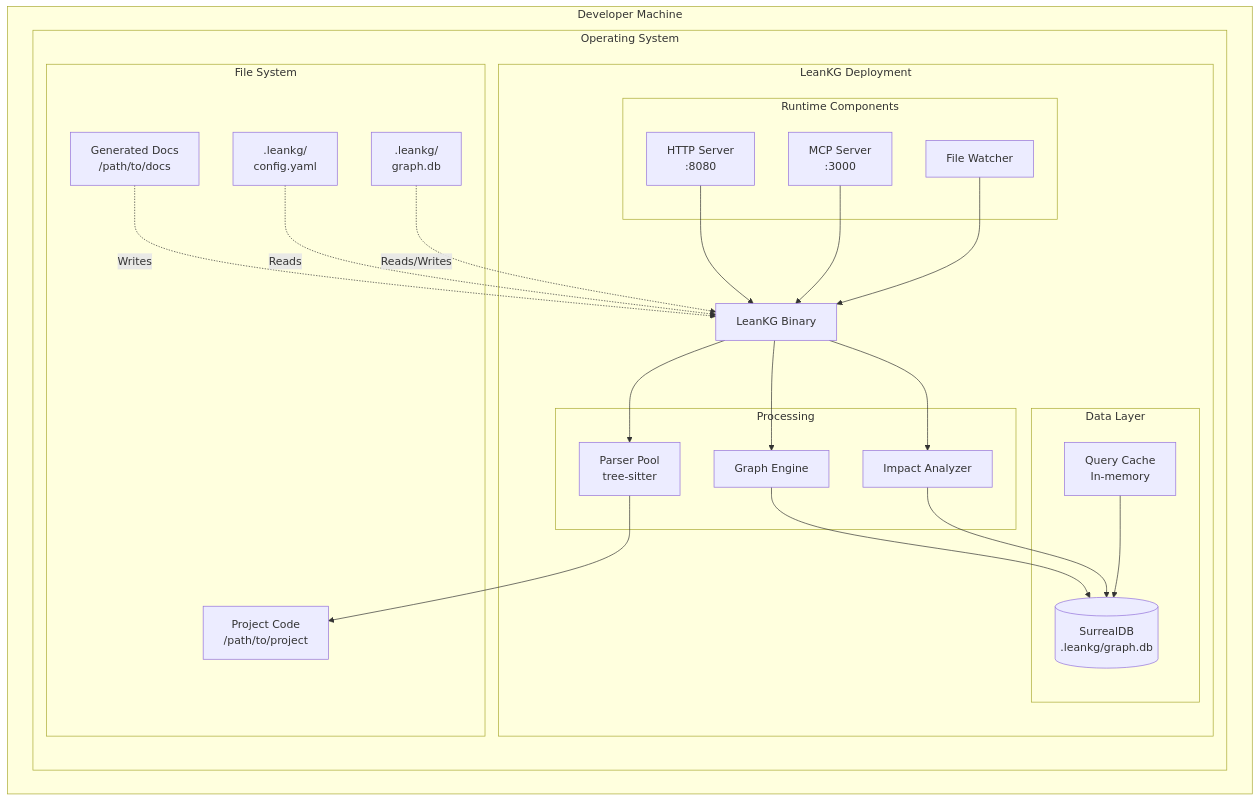
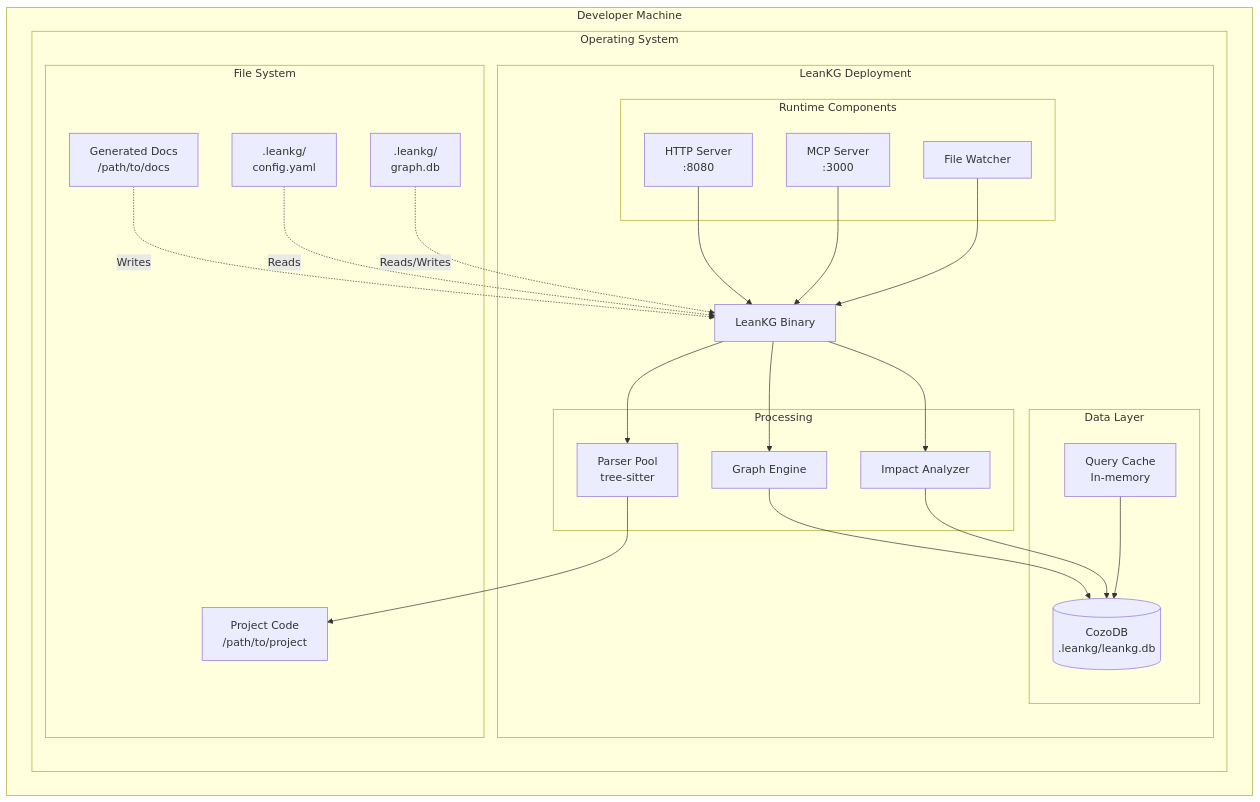
Before and after one commit to FreePeak/LeanKG: the fourth of 11 diagrams in docs/design/hld-leankg.md, drawn with Mermaid. The commit also changed other lines of this file and 7 other files, not shown here.

First line of the commit message:
docs: add pipeline extraction to PRD/HLD, migrate SurrealDB references to CozoDB

````diff
--- a/docs/design/hld-leankg.md
+++ b/docs/design/hld-leankg.md
@@ -339,51 +340,51 @@
 ```mermaid
 graph TB
     subgraph "Developer Machine"
         subgraph "Operating System"
             subgraph "LeanKG Deployment"
                 Binary[LeanKG Binary]
                 
                 subgraph "Runtime Components"
                     HTTP[HTTP Server<br/>:8080]
                     MCP[MCP Server<br/>:3000]
                     Watch[File Watcher]
                 end
                 
                 subgraph "Data Layer"
-                    DB[(SurrealDB<br/>.leankg/graph.db)]
+                    DB[(CozoDB<br/>.leankg/leankg.db)]
                     Cache[Query Cache<br/>In-memory]
                 end
                 
                 subgraph "Processing"
                     Parser[Parser Pool<br/>tree-sitter]
                     Graph[Graph Engine]
                     Impact[Impact Analyzer]
                 end
             end
             
             subgraph "File System"
                 Code[Project Code<br/>/path/to/project]
                 ProjectDB[.leankg/<br/>graph.db]
                 ProjectConfig[.leankg/<br/>config.yaml]
                 Docs[Generated Docs<br/>/path/to/docs]
             end
         end
     end
     
     HTTP --> Binary
     MCP --> Binary
     Watch --> Binary
     
     Binary --> Parser
     Binary --> Graph
     Binary --> Impact
     
     Parser --> Code
     Graph --> DB
     Impact --> DB
     Cache --> DB
     
     Docs -.->|Writes| Binary
     ProjectConfig -.->|Reads| Binary
     ProjectDB -.->|Reads/Writes| Binary
 ```
````
